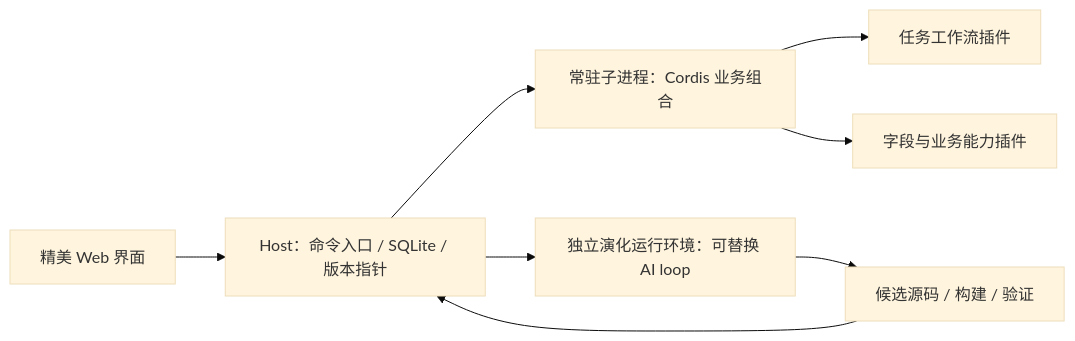
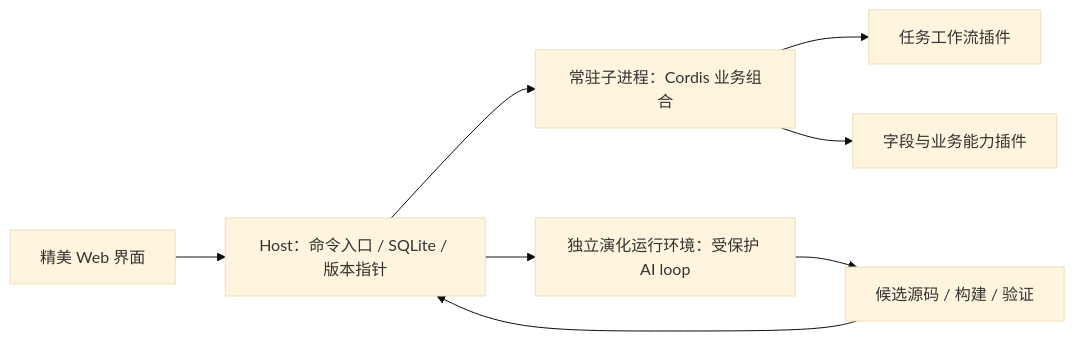
The diagram in docs/engineering/00-core-direction-v2.md (tower1229/todo-by-cordis), drawn with Mermaid (base theme) before and after one commit. The commit also changed other lines of this file and 12 other files, not shown here.

````diff
--- a/docs/engineering/00-core-direction-v2.md
+++ b/docs/engineering/00-core-direction-v2.md
@@ -35,10 +37,10 @@
 ```mermaid
 flowchart LR
   W[精美 Web 界面] --> H[Host：命令入口 / SQLite / 版本指针]
   H --> R[常驻子进程：Cordis 业务组合]
   R --> A[任务工作流插件]
   R --> B[字段与业务能力插件]
-  H --> E[独立演化运行环境：可替换 AI loop]
+  H --> E[独立演化运行环境：受保护 AI loop]
   E --> C[候选源码 / 构建 / 验证]
   C --> H
 ```
````
